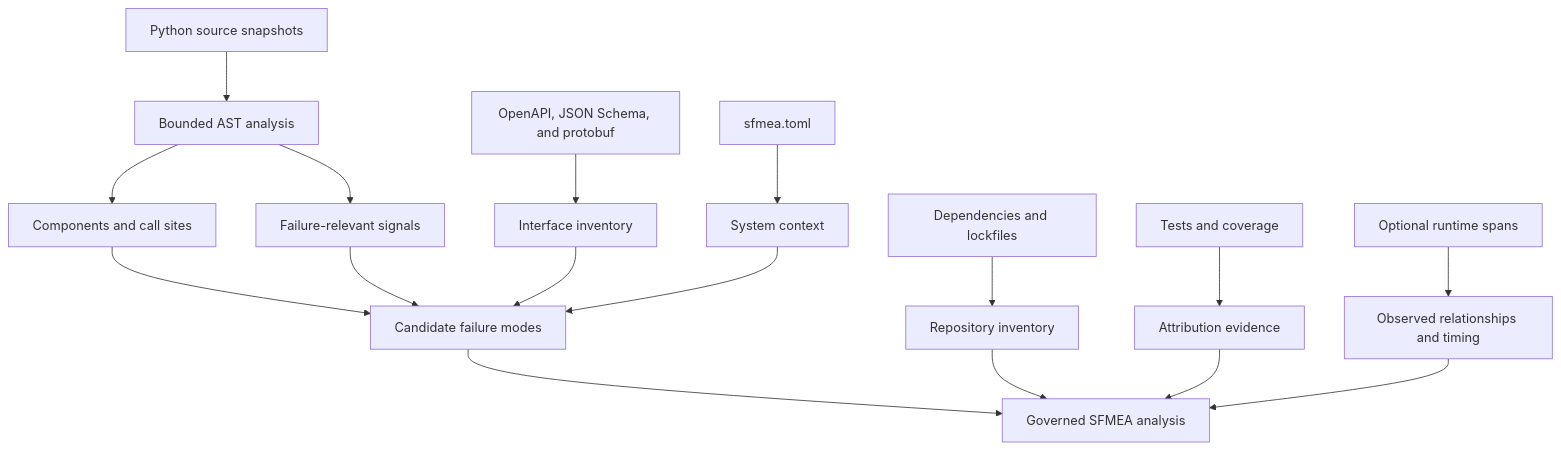
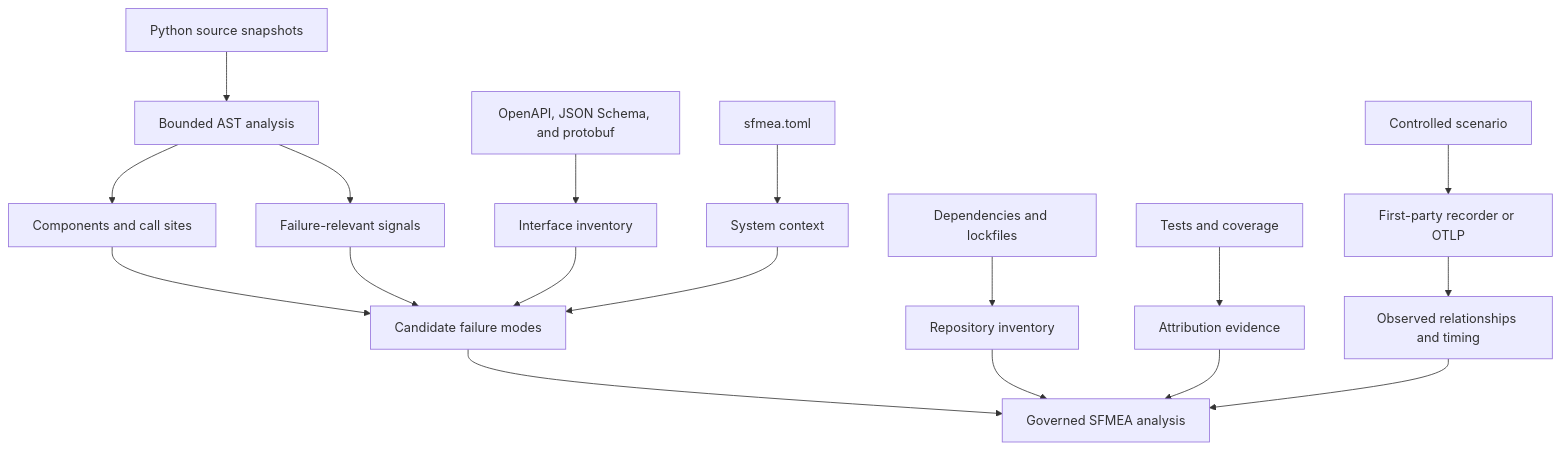
One commit to willtran87/project-py-sfmea changed the second of 7 diagrams in docs/VISUAL_GUIDE.md. Above: the diagram before and after it, drawn with Mermaid. The commit also changed other lines of this file and 8 other files, not shown here.

Commit message:
Refresh assurance workflows and diagrams

````diff
--- a/docs/VISUAL_GUIDE.md
+++ b/docs/VISUAL_GUIDE.md
@@ -35,21 +38,22 @@
 ```mermaid
 flowchart TB
     SRC["Python source snapshots"] --> AST["Bounded AST analysis"]
     DEP["Dependencies and lockfiles"] --> INV["Repository inventory"]
     API["OpenAPI, JSON Schema, and protobuf"] --> IF["Interface inventory"]
     TST["Tests and coverage"] --> EV["Attribution evidence"]
     CFG["sfmea.toml"] --> CTX["System context"]
-    RUN["Optional runtime spans"] --> OBS["Observed relationships and timing"]
+    RUN["Controlled scenario"] --> REC["First-party recorder or OTLP"]
+    REC --> OBS["Observed relationships and timing"]
 
     AST --> CMP["Components and call sites"]
     AST --> SIG["Failure-relevant signals"]
     CMP --> CAN["Candidate failure modes"]
     SIG --> CAN
     IF --> CAN
     CTX --> CAN
 
     CAN --> ANA["Governed SFMEA analysis"]
     INV --> ANA
     EV --> ANA
     OBS --> ANA
 ```
````
